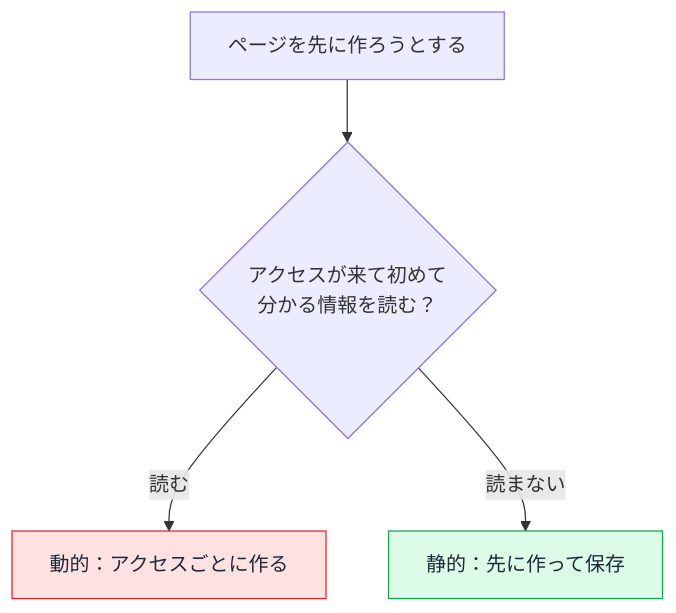
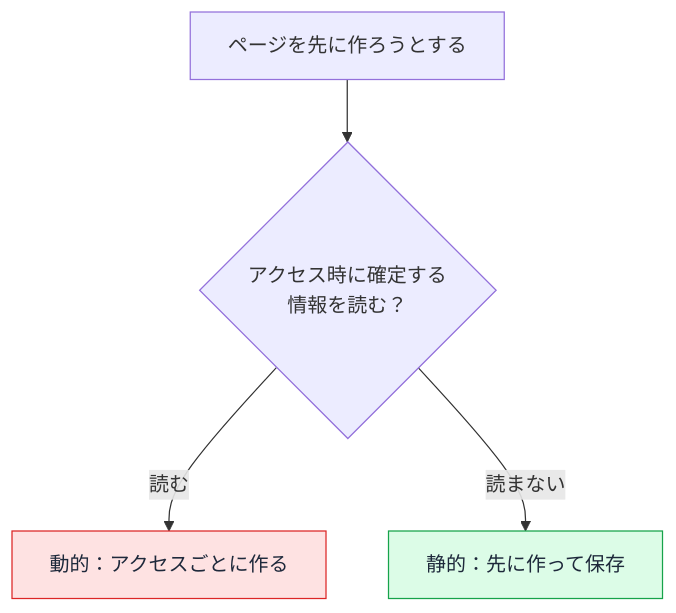
Before and after one commit to ozaki25/web-front-training-ozaki25: the second of 3 diagrams in docs/drafts/106/index.md, drawn with Mermaid. The commit also changed other lines of this file, not shown here.

Commit message:
106: 判定の言い回しを「アクセス時に確定する情報」に統一(図・本文)

````diff
--- a/docs/drafts/106/index.md
+++ b/docs/drafts/106/index.md
@@ -72,8 +72,8 @@
 ```mermaid
 flowchart TD
-    P["ページを先に作ろうとする"] --> Q{"アクセスが来て初めて<br/>分かる情報を読む？"}
+    P["ページを先に作ろうとする"] --> Q{"アクセス時に確定する<br/>情報を読む？"}
     Q -->|読む| D["動的：アクセスごとに作る"]
     Q -->|読まない| S["静的：先に作って保存"]
     style D fill:#fee2e2,color:#1e293b,stroke:#dc2626
     style S fill:#dcfce7,color:#1e293b,stroke:#16a34a
 ```
````
